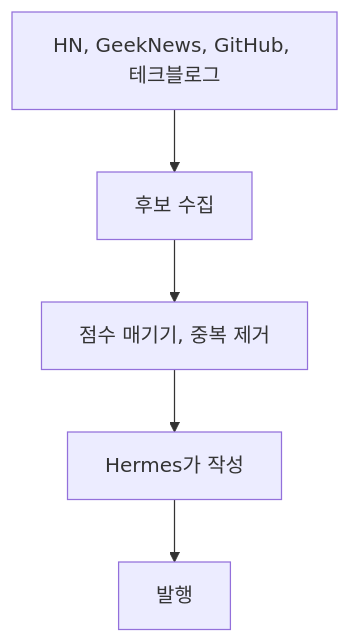
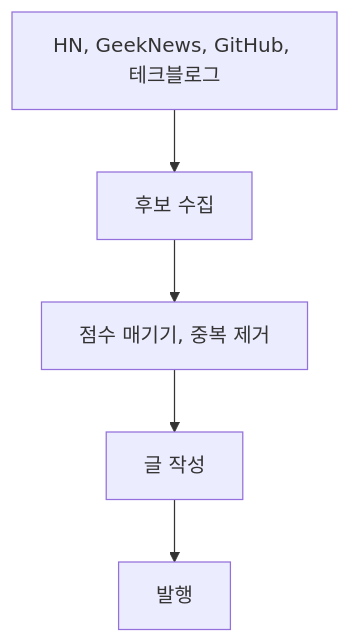
The diagram in _tabs/about.md (osori-workbench/osori-workbench.github.io), drawn with Mermaid before and after one commit. The commit also changed other lines of this file, not shown here.

````diff
--- a/_tabs/about.md
+++ b/_tabs/about.md
@@ -16,7 +16,7 @@
 ```mermaid
 flowchart TD
     A["HN, GeekNews, GitHub, 테크블로그"] --> B["후보 수집"]
     B --> C["점수 매기기, 중복 제거"]
-    C --> D["Hermes가 작성"]
+    C --> D["글 작성"]
     D --> E["발행"]
 ```
````
